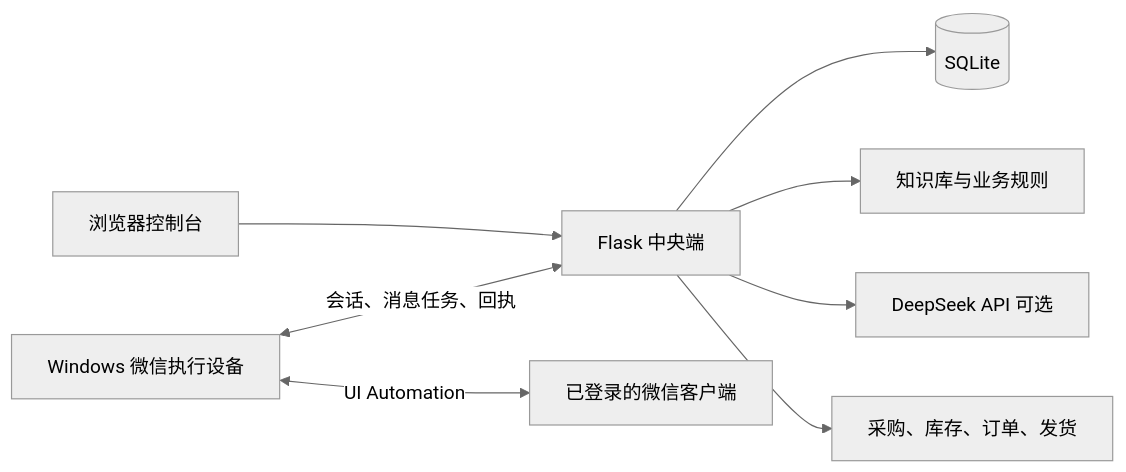
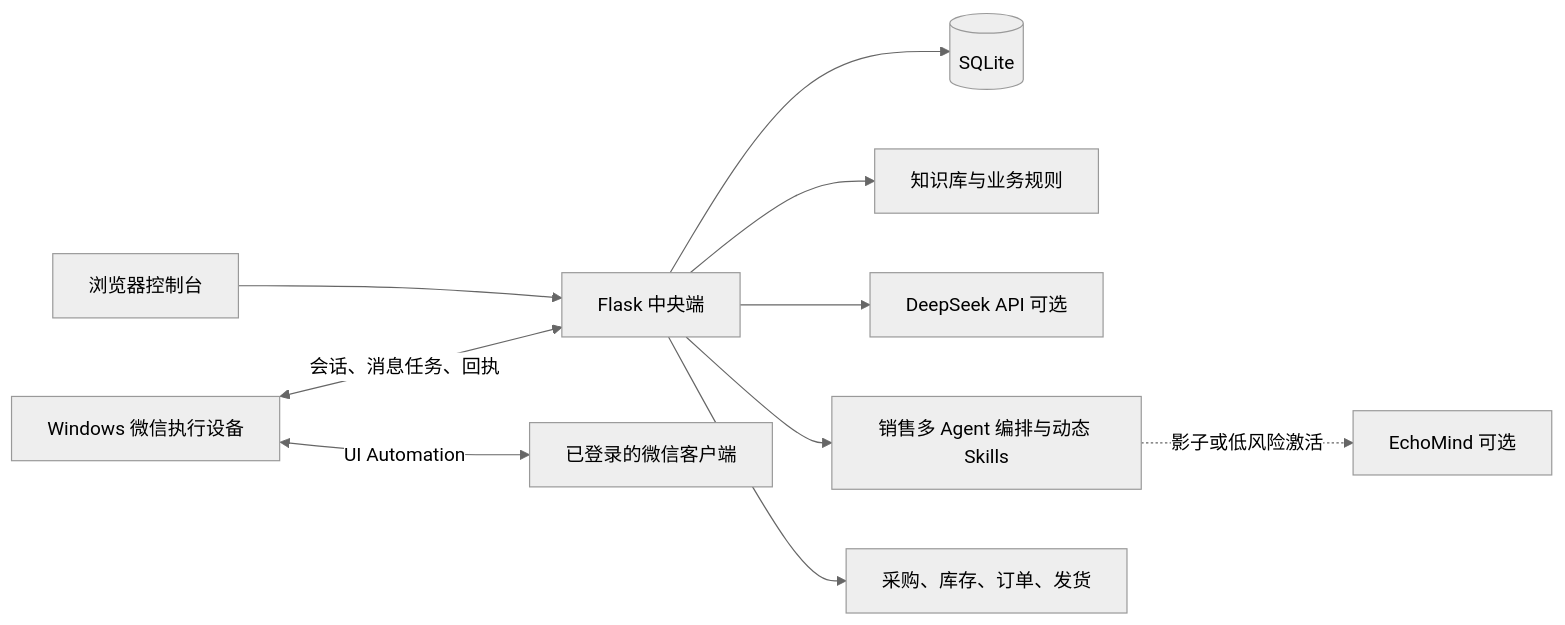
The diagram in README.md (liuluochen6-af/Freshsales-Agent), drawn with Mermaid (neutral theme) before and after one commit. The commit also changed other lines of this file and 12 other files, not shown here.

Commit message:
Integrate EchoMind sales intelligence layer

````diff
--- a/README.md
+++ b/README.md
@@ -60,10 +60,12 @@
 ```mermaid
 flowchart LR
     UI[浏览器控制台] --> API[Flask 中央端]
     API --> DB[(SQLite)]
     API --> KB[知识库与业务规则]
     API --> DS[DeepSeek API 可选]
+    API --> INTEL[销售多 Agent 编排与动态 Skills]
+    INTEL -.影子或低风险激活.-> EM[EchoMind 可选]
     W[Windows 微信执行设备] <-->|会话、消息任务、回执| API
     W <-->|UI Automation| WX[已登录的微信客户端]
     API --> INV[采购、库存、订单、发货]
 ```
````
